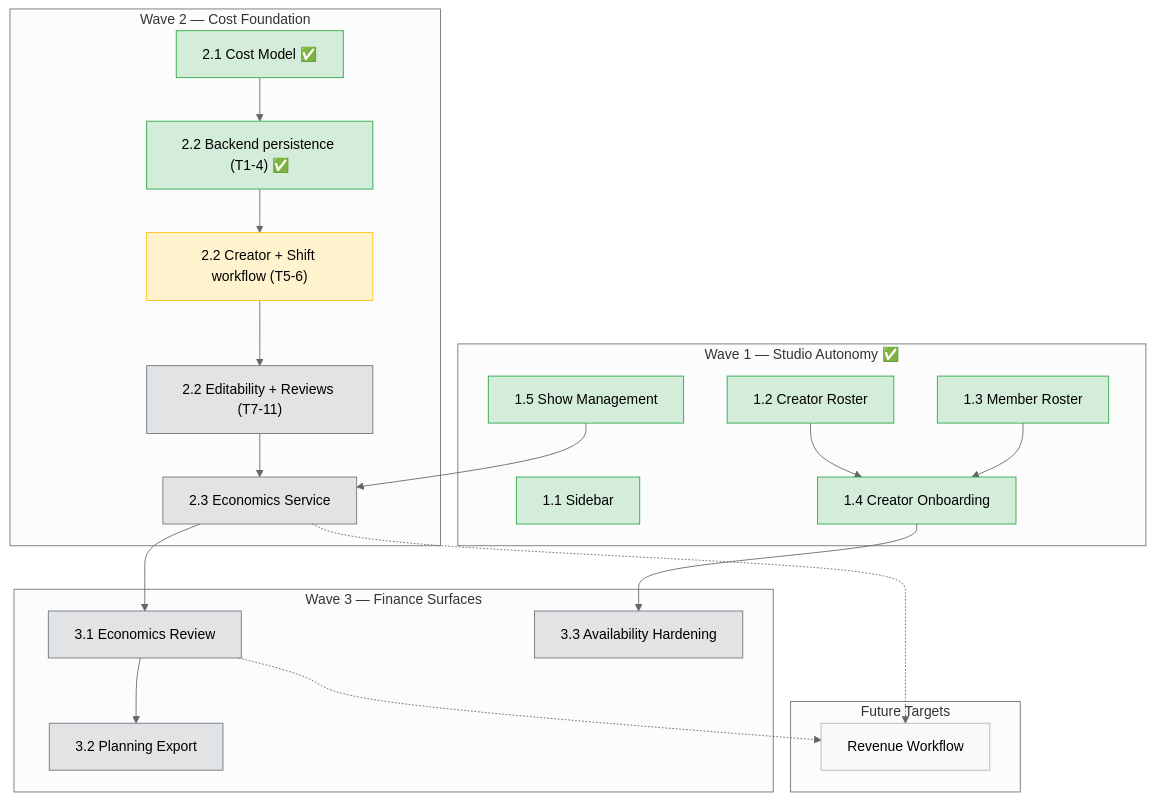
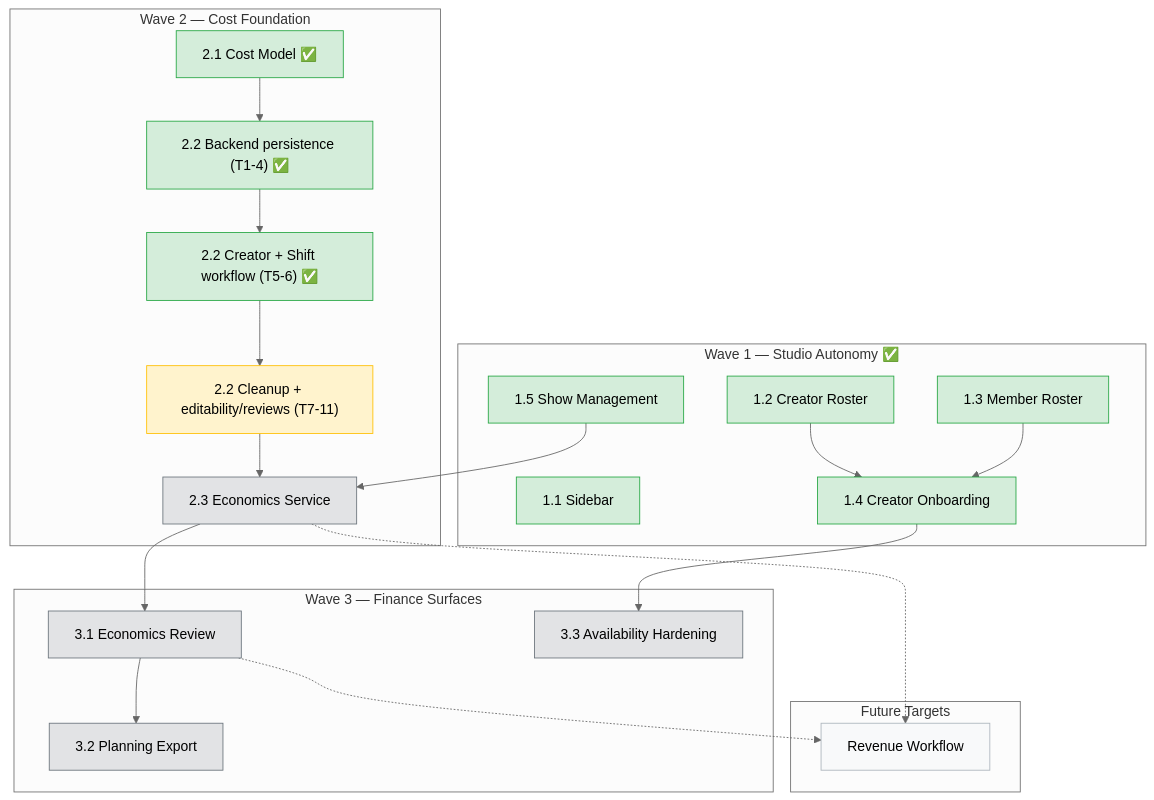
The diagram in docs/roadmap/PHASE_4.md (allenlin90/eridu-services), drawn with Mermaid (neutral theme) before and after one commit. The commit also changed other lines of this file and 14 other files, not shown here.

````diff
--- a/docs/roadmap/PHASE_4.md
+++ b/docs/roadmap/PHASE_4.md
@@ -65,48 +65,48 @@
 ```mermaid
 flowchart TD
     subgraph wave1["Wave 1 — Studio Autonomy ✅"]
         W1_1["1.1 Sidebar"]
         W1_2["1.2 Creator Roster"]
         W1_3["1.3 Member Roster"]
         W1_4["1.4 Creator Onboarding"]
         W1_5["1.5 Show Management"]
     end
 
     subgraph wave2["Wave 2 — Cost Foundation"]
         W2_1["2.1 Cost Model ✅"]
         W2_2a["2.2 Backend persistence (T1-4) ✅"]
-        W2_2b["2.2 Creator + Shift workflow (T5-6)"]
-        W2_2c["2.2 Editability + Reviews (T7-11)"]
+        W2_2b["2.2 Creator + Shift workflow (T5-6) ✅"]
+        W2_2c["2.2 Cleanup + editability/reviews (T7-11)"]
         W2_3["2.3 Economics Service"]
     end
 
     subgraph wave3["Wave 3 — Finance Surfaces"]
         W3_1["3.1 Economics Review"]
         W3_2["3.2 Planning Export"]
         W3_3["3.3 Availability Hardening"]
     end
 
     subgraph future["Future Targets"]
         W4_1["Revenue Workflow"]
     end
 
     W1_2 --> W1_4
     W1_3 --> W1_4
     W1_5 --> W2_3
     W2_1 --> W2_2a --> W2_2b --> W2_2c --> W2_3
     W2_3 --> W3_1
     W3_1 --> W3_2
     W1_4 --> W3_3
     W2_3 -.-> W4_1
     W3_1 -.-> W4_1
 
     classDef done fill:#d4edda,stroke:#28a745,color:#000
     classDef active fill:#fff3cd,stroke:#ffc107,color:#000
     classDef planned fill:#e2e3e5,stroke:#6c757d,color:#000
     classDef future fill:#f8f9fa,stroke:#adb5bd,color:#000
 
-    class W1_1,W1_2,W1_3,W1_4,W1_5,W2_1,W2_2a done
-    class W2_2b active
-    class W2_2c,W2_3,W3_1,W3_2,W3_3 planned
+    class W1_1,W1_2,W1_3,W1_4,W1_5,W2_1,W2_2a,W2_2b done
+    class W2_2c active
+    class W2_3,W3_1,W3_2,W3_3 planned
     class W4_1 future
 ```
````
